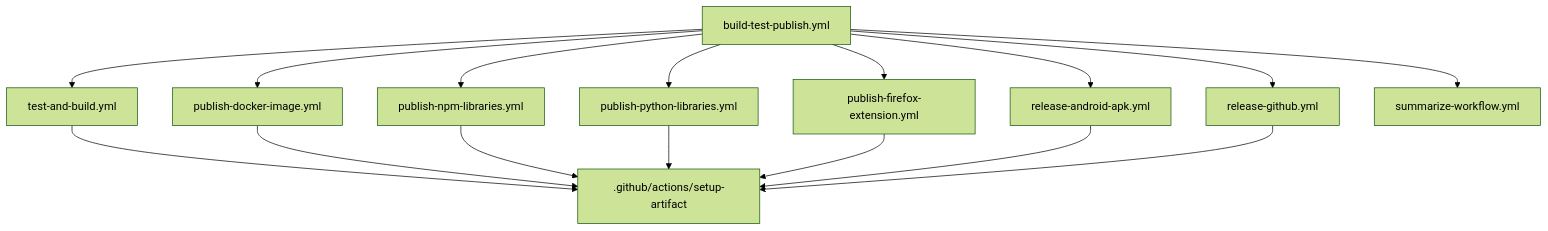
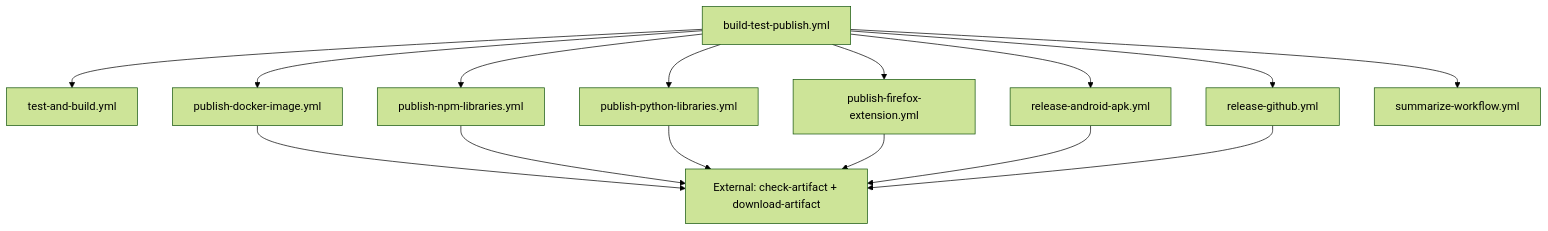
One commit to tehw0lf/workflows changed the diagram in README.md. Above: the diagram before and after it, drawn with Mermaid (forest theme). The commit also changed other lines of this file and 1 other file, not shown here.

````diff
--- a/README.md
+++ b/README.md
@@ -293,19 +293,18 @@
 ```mermaid
 graph TD
     A[build-test-publish.yml] --> B[test-and-build.yml]
     A --> C[publish-docker-image.yml]
     A --> D[publish-npm-libraries.yml]
     A --> E[publish-python-libraries.yml]
     A --> F[publish-firefox-extension.yml]
     A --> G[release-android-apk.yml]
     A --> H[release-github.yml]
     A --> J[summarize-workflow.yml]
 
-    B --> I[.github/actions/setup-artifact]
-    C --> I
+    C --> I[External: check-artifact + download-artifact]
     D --> I
     E --> I
     F --> I
     G --> I
     H --> I
 ```
````
